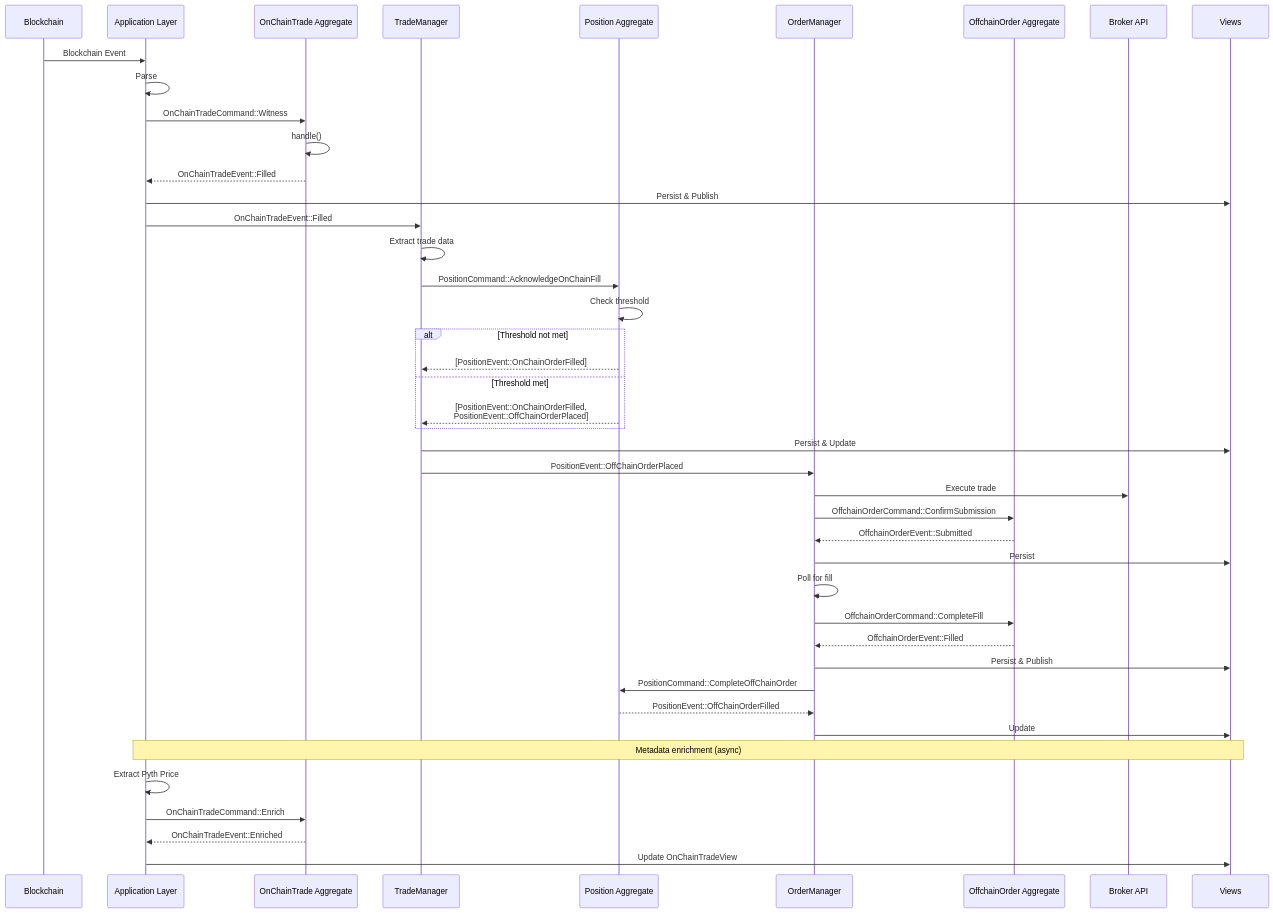
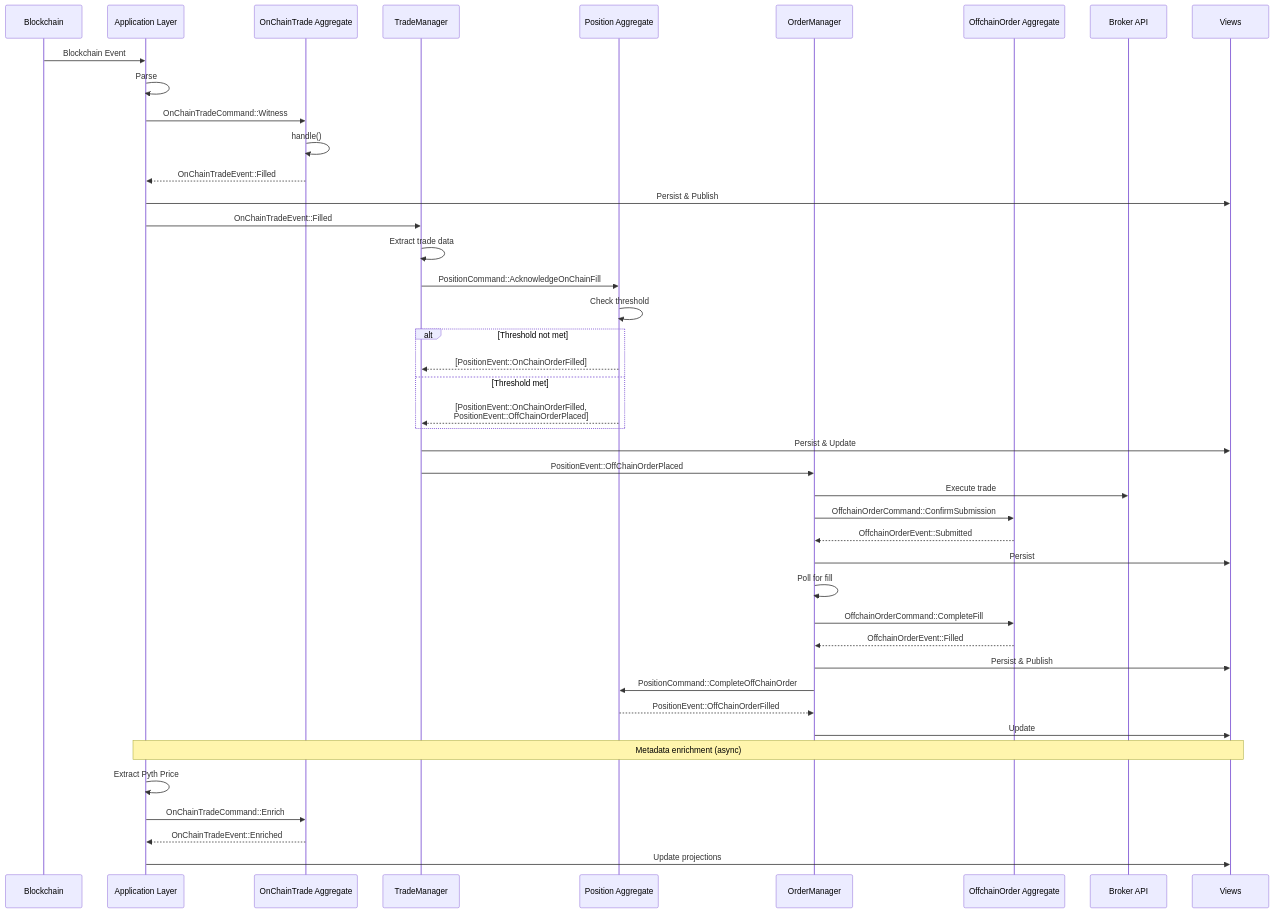
One commit to ST0x-Technology/st0x.liquidity changed the fifth of 5 diagrams in SPEC.md. Above: the diagram before and after it, drawn with Mermaid. The commit also changed other lines of this file and 6 other files, not shown here.

````diff
--- a/SPEC.md
+++ b/SPEC.md
@@ -2341,50 +2051,50 @@
 ```mermaid
 sequenceDiagram
     participant BC as Blockchain
     participant App as Application Layer
     participant OT as OnChainTrade Aggregate
     participant TM as TradeManager
     participant P as Position Aggregate
     participant OM as OrderManager
     participant OO as OffchainOrder Aggregate
     participant Broker as Broker API
     participant Views as Views
 
     BC->>App: Blockchain Event
     App->>App: Parse
     App->>OT: OnChainTradeCommand::Witness
     OT->>OT: handle()
     OT-->>App: OnChainTradeEvent::Filled
     App->>Views: Persist & Publish
 
     App->>TM: OnChainTradeEvent::Filled
     TM->>TM: Extract trade data
     TM->>P: PositionCommand::AcknowledgeOnChainFill
     P->>P: Check threshold
     alt Threshold not met
         P-->>TM: [PositionEvent::OnChainOrderFilled]
     else Threshold met
         P-->>TM: [PositionEvent::OnChainOrderFilled,<br/>PositionEvent::OffChainOrderPlaced]
     end
     TM->>Views: Persist & Update
 
     TM->>OM: PositionEvent::OffChainOrderPlaced
     OM->>Broker: Execute trade
     OM->>OO: OffchainOrderCommand::ConfirmSubmission
     OO-->>OM: OffchainOrderEvent::Submitted
     OM->>Views: Persist
     OM->>OM: Poll for fill
     OM->>OO: OffchainOrderCommand::CompleteFill
     OO-->>OM: OffchainOrderEvent::Filled
     OM->>Views: Persist & Publish
 
     OM->>P: PositionCommand::CompleteOffChainOrder
     P-->>OM: PositionEvent::OffChainOrderFilled
     OM->>Views: Update
 
     Note over App,Views: Metadata enrichment (async)
     App->>App: Extract Pyth Price
     App->>OT: OnChainTradeCommand::Enrich
     OT-->>App: OnChainTradeEvent::Enriched
-    App->>Views: Update OnChainTradeView
+    App->>Views: Update projections
 ```
````
